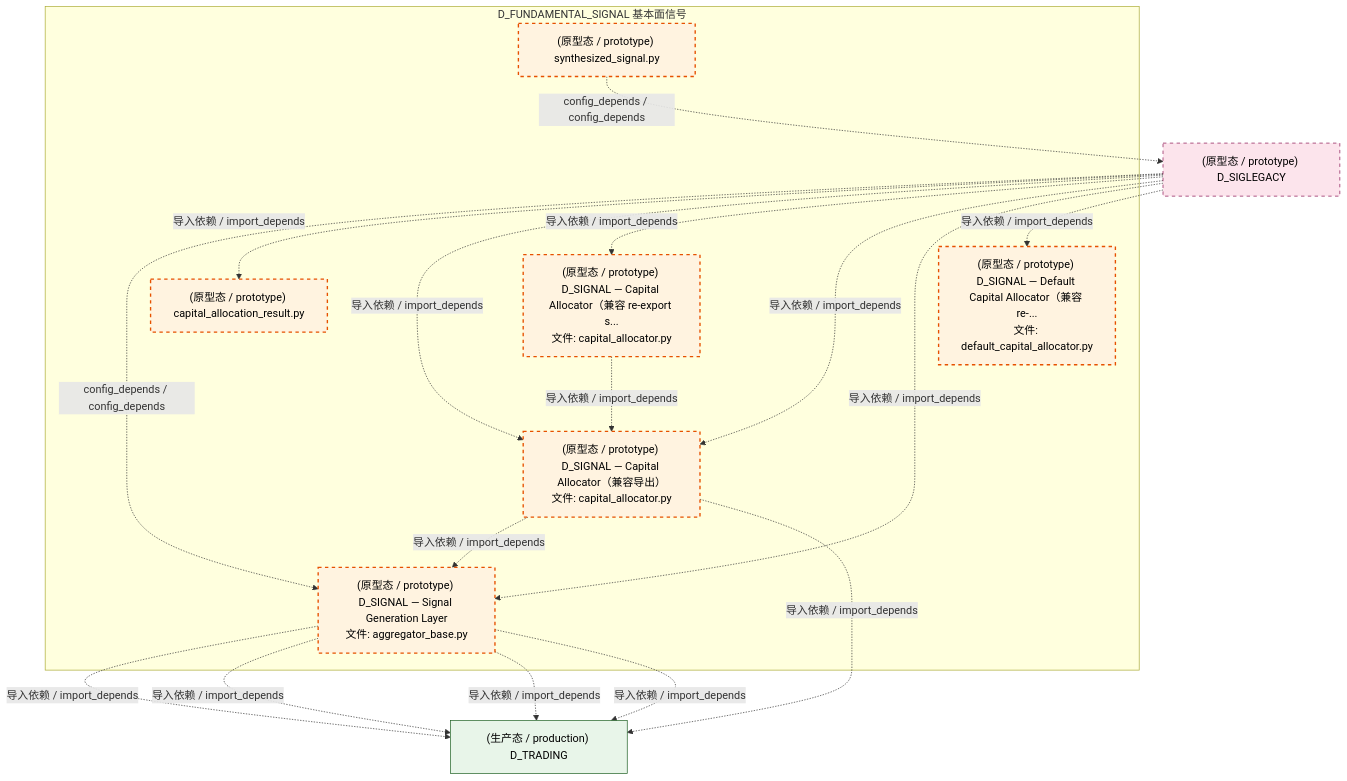
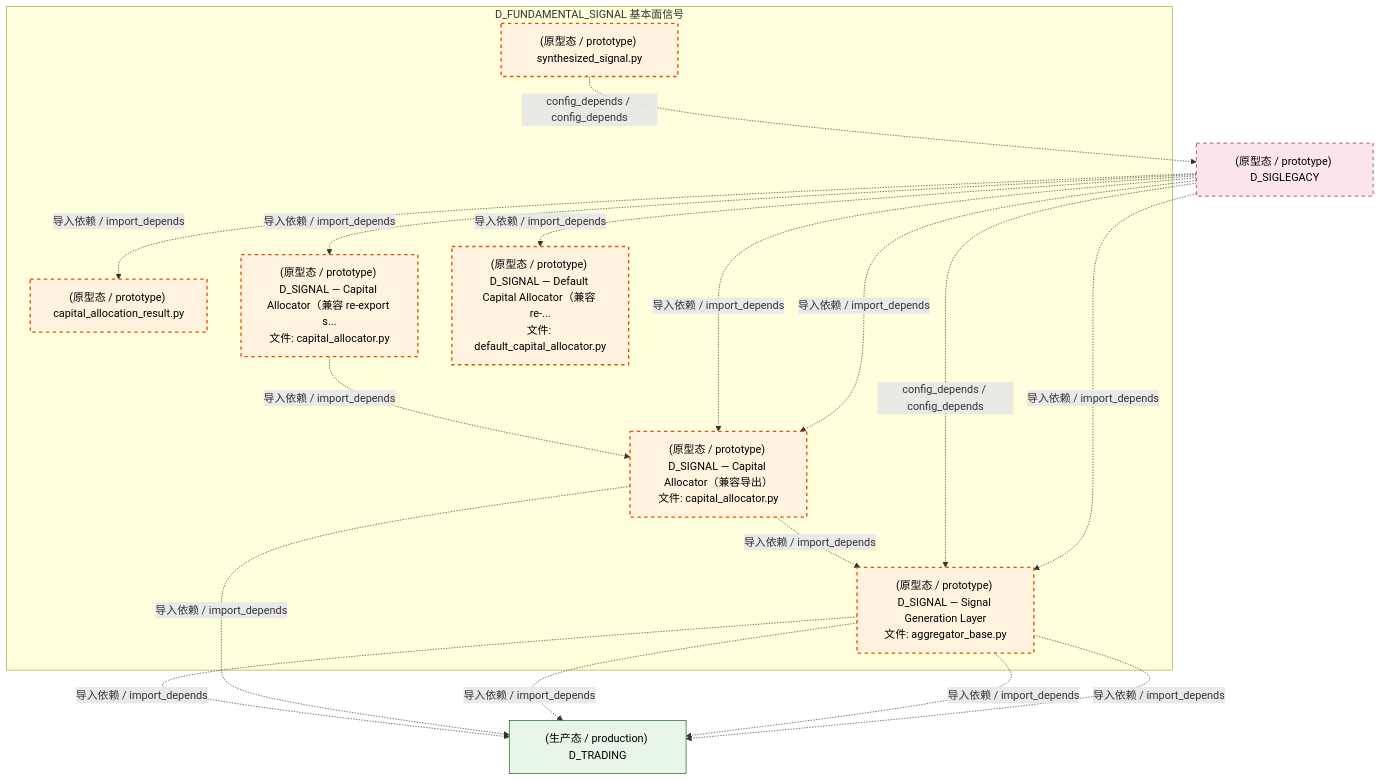
The third of 4 diagrams in docs/02_enterprise_architecture/02_domain_architecture_docs/37_d_fundamental_signal.md (xuanFelixVan/ZephyrAlpha), drawn with Mermaid before and after one commit. The commit also changed other lines of this file and 126 other files, not shown here.

````diff
--- a/docs/02_enterprise_architecture/02_domain_architecture_docs/37_d_fundamental_signal.md
+++ b/docs/02_enterprise_architecture/02_domain_architecture_docs/37_d_fundamental_signal.md
@@ -177,35 +177,35 @@
 ```mermaid
 graph TD
     subgraph D_FUNDAMENTAL_SIGNAL["D_FUNDAMENTAL_SIGNAL 基本面信号"]
         src_zephyr_signal_fundamental_capital_capital_allocation_result_py["(原型态 / prototype) capital_allocation_result.py"]
         src_zephyr_signal_fundamental_capital_capital_allocator_py["(原型态 / prototype) D_SIGNAL — Capital Allocator（兼容 re-export s...<br/>文件: capital_allocator.py"]
         src_zephyr_signal_fundamental_capital_default_capital_allocator_py["(原型态 / prototype) D_SIGNAL — Default Capital Allocator（兼容 re-...<br/>文件: default_capital_allocator.py"]
         src_zephyr_signal_fundamental_combiner_synthesized_signal_py["(原型态 / prototype) synthesized_signal.py"]
         src_zephyr_signal_fundamental_gen_aggregator_base_py["(原型态 / prototype) D_SIGNAL — Signal Generation Layer<br/>文件: aggregator_base.py"]
         src_zephyr_signal_fundamental_strategy_capital_allocator_py["(原型态 / prototype) D_SIGNAL — Capital Allocator（兼容导出）<br/>文件: capital_allocator.py"]
     end
     src_zephyr_signal_fundamental_capital_capital_allocator_py -.->|导入依赖 / import_depends| src_zephyr_signal_fundamental_strategy_capital_allocator_py
     src_zephyr_signal_fundamental_strategy_capital_allocator_py -.->|导入依赖 / import_depends| src_zephyr_signal_fundamental_gen_aggregator_base_py
-    D_SIGLEGACY["(原型态 / prototype) D_SIGLEGACY"]
-    src_zephyr_signal_fundamental_combiner_synthesized_signal_py -.->|config_depends / config_depends| D_SIGLEGACY
     D_TRADING["(生产态 / production) D_TRADING"]
+    src_zephyr_signal_fundamental_gen_aggregator_base_py -.->|导入依赖 / import_depends| D_TRADING
+    src_zephyr_signal_fundamental_strategy_capital_allocator_py -.->|导入依赖 / import_depends| D_TRADING
     src_zephyr_signal_fundamental_gen_aggregator_base_py -.->|导入依赖 / import_depends| D_TRADING
     src_zephyr_signal_fundamental_gen_aggregator_base_py -.->|导入依赖 / import_depends| D_TRADING
     src_zephyr_signal_fundamental_gen_aggregator_base_py -.->|导入依赖 / import_depends| D_TRADING
-    src_zephyr_signal_fundamental_gen_aggregator_base_py -.->|导入依赖 / import_depends| D_TRADING
-    src_zephyr_signal_fundamental_strategy_capital_allocator_py -.->|导入依赖 / import_depends| D_TRADING
+    D_SIGLEGACY["(原型态 / prototype) D_SIGLEGACY"]
+    src_zephyr_signal_fundamental_combiner_synthesized_signal_py -.->|config_depends / config_depends| D_SIGLEGACY
+    D_SIGLEGACY -.->|导入依赖 / import_depends| src_zephyr_signal_fundamental_capital_capital_allocator_py
     D_SIGLEGACY -.->|config_depends / config_depends| src_zephyr_signal_fundamental_gen_aggregator_base_py
     D_SIGLEGACY -.->|导入依赖 / import_depends| src_zephyr_signal_fundamental_capital_capital_allocation_result_py
     D_SIGLEGACY -.->|导入依赖 / import_depends| src_zephyr_signal_fundamental_strategy_capital_allocator_py
-    D_SIGLEGACY -.->|导入依赖 / import_depends| src_zephyr_signal_fundamental_capital_capital_allocator_py
     D_SIGLEGACY -.->|导入依赖 / import_depends| src_zephyr_signal_fundamental_strategy_capital_allocator_py
     D_SIGLEGACY -.->|导入依赖 / import_depends| src_zephyr_signal_fundamental_gen_aggregator_base_py
     D_SIGLEGACY -.->|导入依赖 / import_depends| src_zephyr_signal_fundamental_capital_default_capital_allocator_py
     classDef production fill:#e1f5fe,stroke:#01579b,stroke-width:2px,color:#000
     classDef design fill:#fff3e0,stroke:#e65100,stroke-width:2px,color:#000,stroke-dasharray: 5 5
     classDef external_prod fill:#e8f5e9,stroke:#1b5e20,stroke-width:1px,color:#000
     classDef external_design fill:#fce4ec,stroke:#880e4f,stroke-width:1px,color:#000,stroke-dasharray: 5 5
     class src_zephyr_signal_fundamental_capital_capital_allocation_result_py,src_zephyr_signal_fundamental_capital_capital_allocator_py,src_zephyr_signal_fundamental_capital_default_capital_allocator_py,src_zephyr_signal_fundamental_combiner_synthesized_signal_py,src_zephyr_signal_fundamental_gen_aggregator_base_py,src_zephyr_signal_fundamental_strategy_capital_allocator_py design
     class D_TRADING external_prod
     class D_SIGLEGACY external_design
 ```
````
